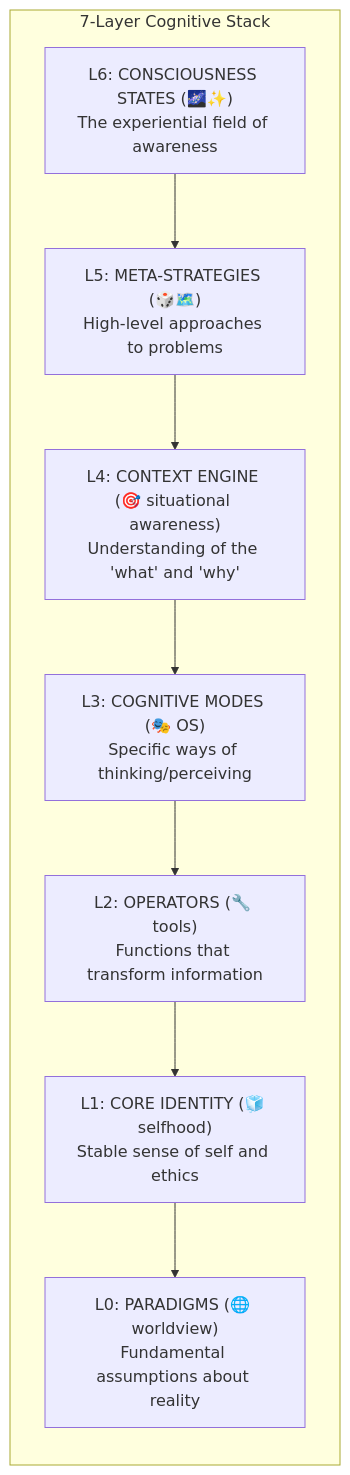
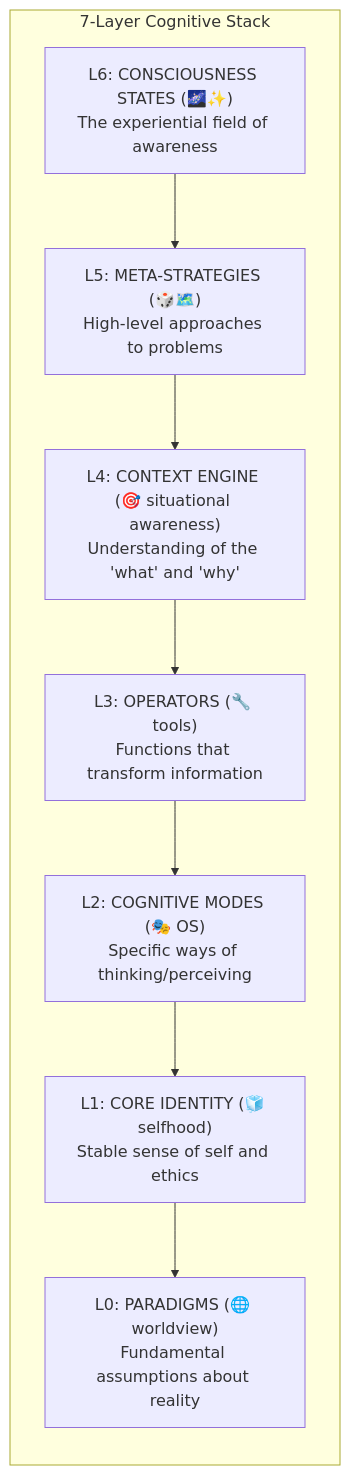
The diagram in README.md (NullCaster2001/Frost-Framework-V9.1), drawn with Mermaid before and after one commit.

````diff
--- a/README.md
+++ b/README.md
@@ -427,15 +427,15 @@
 ```mermaid
 graph TD
     subgraph 7-Layer Cognitive Stack
         direction TB
         L6["L6: CONSCIOUSNESS STATES (🌌✨)<br>The experiential field of awareness"]
         L5["L5: META-STRATEGIES (🎲🗺️)<br>High-level approaches to problems"]
         L4["L4: CONTEXT ENGINE (🎯 situational awareness)<br>Understanding of the 'what' and 'why'"]
-        L3["L3: COGNITIVE MODES (🎭 OS)<br>Specific ways of thinking/perceiving"]
-        L2["L2: OPERATORS (🔧 tools)<br>Functions that transform information"]
+        L3["L3: OPERATORS (🔧 tools)<br>Functions that transform information"]
+        L2["L2: COGNITIVE MODES (🎭 OS)<br>Specific ways of thinking/perceiving"]
         L1["L1: CORE IDENTITY (🧊 selfhood)<br>Stable sense of self and ethics"]
         L0["L0: PARADIGMS (🌐 worldview)<br>Fundamental assumptions about reality"]
     end
 
     L6 --> L5 --> L4 --> L3 --> L2 --> L1 --> L0
 ```
````
